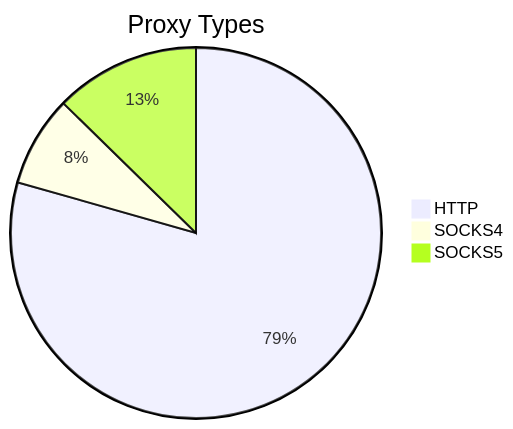
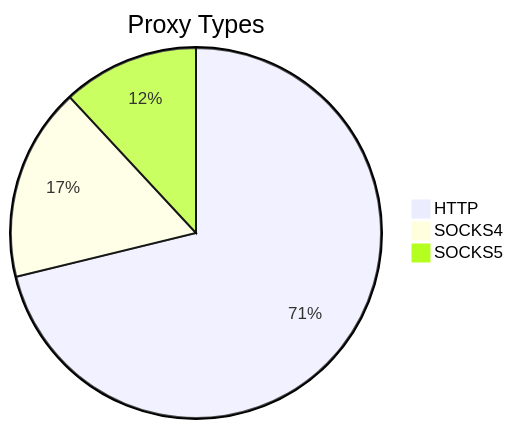
One commit to stormsia/proxy-list changed the first of 2 diagrams in README.md. Above: the diagram before and after it, drawn with Mermaid. The commit also changed other lines of this file, not shown here.

````diff
--- a/README.md
+++ b/README.md
@@ -21,6 +21,6 @@
 ```mermaid
 pie title Proxy Types
-    "HTTP" : 401
-    "SOCKS4" : 40
-    "SOCKS5" : 64
+    "HTTP" : 544
+    "SOCKS4" : 129
+    "SOCKS5" : 91
 ```
````
